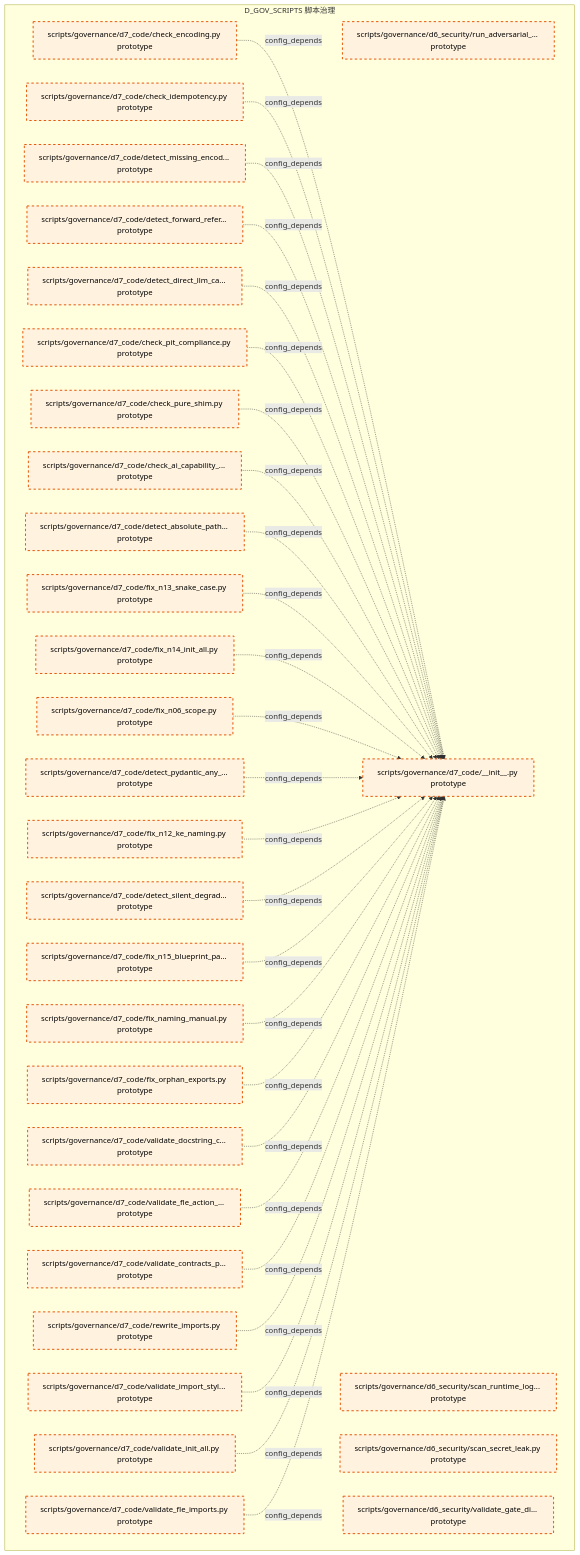
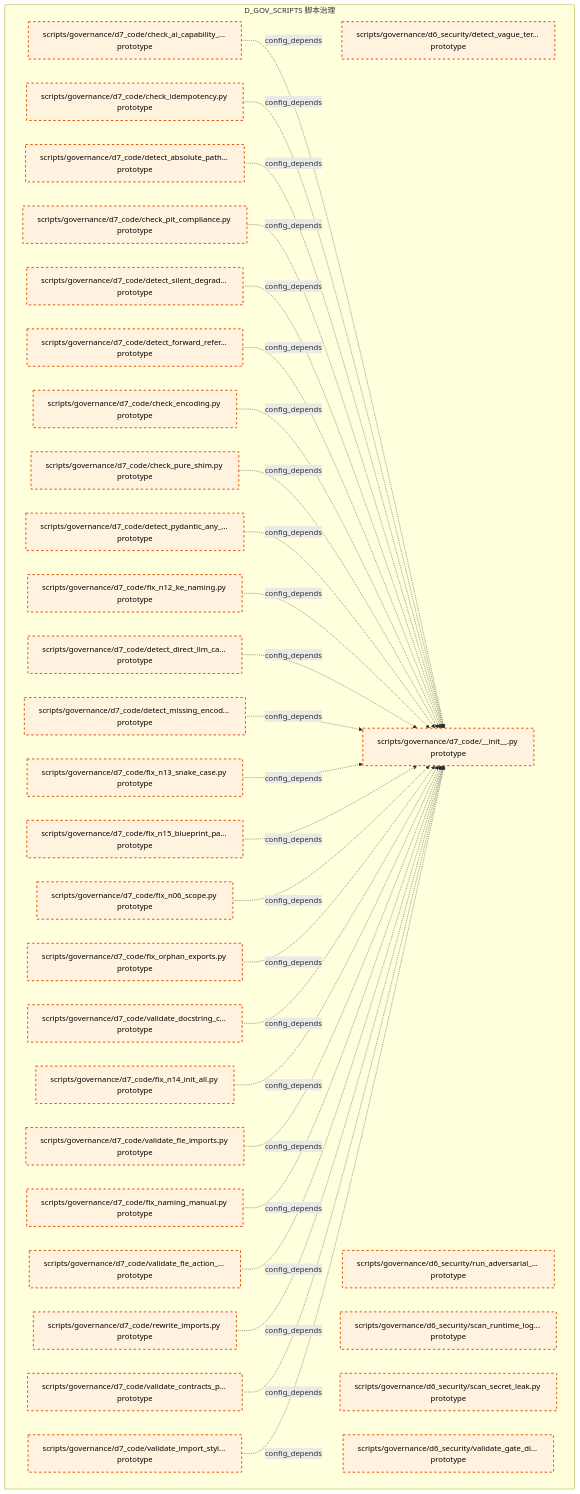
Before and after one commit to xuanFelixVan/ZephyrAlpha: the tenth of 15 diagrams in docs/02_enterprise_architecture/02_domain_architecture_docs/39_d_gov_scripts.md, drawn with Mermaid. The commit also changed other lines of this file and 105 other files, not shown here.

````diff
--- a/docs/02_enterprise_architecture/02_domain_architecture_docs/39_d_gov_scripts.md
+++ b/docs/02_enterprise_architecture/02_domain_architecture_docs/39_d_gov_scripts.md
@@ -697,65 +694,64 @@
 ```mermaid
 graph TD
     subgraph D_GOV_SCRIPTS["D_GOV_SCRIPTS 脚本治理"]
+        scripts_governance_d6_security_detect_vague_terms_py["scripts/governance/d6_security/detect_vague_ter... prototype"]
         scripts_governance_d6_security_run_adversarial_checks_py["scripts/governance/d6_security/run_adversarial_... prototype"]
         scripts_governance_d6_security_scan_runtime_log_secrets_py["scripts/governance/d6_security/scan_runtime_log... prototype"]
         scripts_governance_d6_security_scan_secret_leak_py["scripts/governance/d6_security/scan_secret_leak.py prototype"]
         scripts_governance_d6_security_validate_gate_discipline_py["scripts/governance/d6_security/validate_gate_di... prototype"]
         scripts_governance_d7_code_init_py["scripts/governance/d7_code/__init__.py prototype"]
         scripts_governance_d7_code_check_ai_capability_boundary_py["scripts/governance/d7_code/check_ai_capability_... prototype"]
         scripts_governance_d7_code_check_encoding_py["scripts/governance/d7_code/check_encoding.py prototype"]
         scripts_governance_d7_code_check_idempotency_py["scripts/governance/d7_code/check_idempotency.py prototype"]
         scripts_governance_d7_code_check_pit_compliance_py["scripts/governance/d7_code/check_pit_compliance.py prototype"]
         scripts_governance_d7_code_check_pure_shim_py["scripts/governance/d7_code/check_pure_shim.py prototype"]
         scripts_governance_d7_code_detect_absolute_path_hardcoding_py["scripts/governance/d7_code/detect_absolute_path... prototype"]
         scripts_governance_d7_code_detect_direct_llm_calls_py["scripts/governance/d7_code/detect_direct_llm_ca... prototype"]
         scripts_governance_d7_code_detect_forward_reference_py["scripts/governance/d7_code/detect_forward_refer... prototype"]
         scripts_governance_d7_code_detect_missing_encoding_py["scripts/governance/d7_code/detect_missing_encod... prototype"]
         scripts_governance_d7_code_detect_pydantic_any_fields_py["scripts/governance/d7_code/detect_pydantic_any_... prototype"]
         scripts_governance_d7_code_detect_silent_degradation_py["scripts/governance/d7_code/detect_silent_degrad... prototype"]
         scripts_governance_d7_code_fix_n06_scope_py["scripts/governance/d7_code/fix_n06_scope.py prototype"]
         scripts_governance_d7_code_fix_n12_ke_naming_py["scripts/governance/d7_code/fix_n12_ke_naming.py prototype"]
         scripts_governance_d7_code_fix_n13_snake_case_py["scripts/governance/d7_code/fix_n13_snake_case.py prototype"]
         scripts_governance_d7_code_fix_n14_init_all_py["scripts/governance/d7_code/fix_n14_init_all.py prototype"]
         scripts_governance_d7_code_fix_n15_blueprint_path_py["scripts/governance/d7_code/fix_n15_blueprint_pa... prototype"]
         scripts_governance_d7_code_fix_naming_manual_py["scripts/governance/d7_code/fix_naming_manual.py prototype"]
         scripts_governance_d7_code_fix_orphan_exports_py["scripts/governance/d7_code/fix_orphan_exports.py prototype"]
         scripts_governance_d7_code_rewrite_imports_py["scripts/governance/d7_code/rewrite_imports.py prototype"]
         scripts_governance_d7_code_validate_contracts_purity_py["scripts/governance/d7_code/validate_contracts_p... prototype"]
         scripts_governance_d7_code_validate_docstring_coverage_py["scripts/governance/d7_code/validate_docstring_c... prototype"]
         scripts_governance_d7_code_validate_fle_action_metadata_py["scripts/governance/d7_code/validate_fle_action_... prototype"]
         scripts_governance_d7_code_validate_fle_imports_py["scripts/governance/d7_code/validate_fle_imports.py prototype"]
         scripts_governance_d7_code_validate_import_style_py["scripts/governance/d7_code/validate_import_styl... prototype"]
-        scripts_governance_d7_code_validate_init_all_py["scripts/governance/d7_code/validate_init_all.py prototype"]
     end
+    scripts_governance_d7_code_check_ai_capability_boundary_py -.->|config_depends| scripts_governance_d7_code_init_py
+    scripts_governance_d7_code_check_idempotency_py -.->|config_depends| scripts_governance_d7_code_init_py
+    scripts_governance_d7_code_detect_absolute_path_hardcoding_py -.->|config_depends| scripts_governance_d7_code_init_py
+    scripts_governance_d7_code_check_pit_compliance_py -.->|config_depends| scripts_governance_d7_code_init_py
+    scripts_governance_d7_code_detect_silent_degradation_py -.->|config_depends| scripts_governance_d7_code_init_py
+    scripts_governance_d7_code_detect_forward_reference_py -.->|config_depends| scripts_governance_d7_code_init_py
     scripts_governance_d7_code_check_encoding_py -.->|config_depends| scripts_governance_d7_code_init_py
-    scripts_governance_d7_code_check_idempotency_py -.->|config_depends| scripts_governance_d7_code_init_py
-    scripts_governance_d7_code_detect_missing_encoding_py -.->|config_depends| scripts_governance_d7_code_init_py
-    scripts_governance_d7_code_detect_forward_reference_py -.->|config_depends| scripts_governance_d7_code_init_py
-    scripts_governance_d7_code_detect_direct_llm_calls_py -.->|config_depends| scripts_governance_d7_code_init_py
-    scripts_governance_d7_code_check_pit_compliance_py -.->|config_depends| scripts_governance_d7_code_init_py
     scripts_governance_d7_code_check_pure_shim_py -.->|config_depends| scripts_governance_d7_code_init_py
-    scripts_governance_d7_code_check_ai_capability_boundary_py -.->|config_depends| scripts_governance_d7_code_init_py
-    scripts_governance_d7_code_detect_absolute_path_hardcoding_py -.->|config_depends| scripts_governance_d7_code_init_py
-    scripts_governance_d7_code_fix_n13_snake_case_py -.->|config_depends| scripts_governance_d7_code_init_py
-    scripts_governance_d7_code_fix_n14_init_all_py -.->|config_depends| scripts_governance_d7_code_init_py
-    scripts_governance_d7_code_fix_n06_scope_py -.->|config_depends| scripts_governance_d7_code_init_py
     scripts_governance_d7_code_detect_pydantic_any_fields_py -.->|config_depends| scripts_governance_d7_code_init_py
     scripts_governance_d7_code_fix_n12_ke_naming_py -.->|config_depends| scripts_governance_d7_code_init_py
-    scripts_governance_d7_code_detect_silent_degradation_py -.->|config_depends| scripts_governance_d7_code_init_py
+    scripts_governance_d7_code_detect_direct_llm_calls_py -.->|config_depends| scripts_governance_d7_code_init_py
+    scripts_governance_d7_code_detect_missing_encoding_py -.->|config_depends| scripts_governance_d7_code_init_py
+    scripts_governance_d7_code_fix_n13_snake_case_py -.->|config_depends| scripts_governance_d7_code_init_py
     scripts_governance_d7_code_fix_n15_blueprint_path_py -.->|config_depends| scripts_governance_d7_code_init_py
-    scripts_governance_d7_code_fix_naming_manual_py -.->|config_depends| scripts_governance_d7_code_init_py
+    scripts_governance_d7_code_fix_n06_scope_py -.->|config_depends| scripts_governance_d7_code_init_py
     scripts_governance_d7_code_fix_orphan_exports_py -.->|config_depends| scripts_governance_d7_code_init_py
     scripts_governance_d7_code_validate_docstring_coverage_py -.->|config_depends| scripts_governance_d7_code_init_py
+    scripts_governance_d7_code_fix_n14_init_all_py -.->|config_depends| scripts_governance_d7_code_init_py
+    scripts_governance_d7_code_validate_fle_imports_py -.->|config_depends| scripts_governance_d7_code_init_py
+    scripts_governance_d7_code_fix_naming_manual_py -.->|config_depends| scripts_governance_d7_code_init_py
     scripts_governance_d7_code_validate_fle_action_metadata_py -.->|config_depends| scripts_governance_d7_code_init_py
+    scripts_governance_d7_code_rewrite_imports_py -.->|config_depends| scripts_governance_d7_code_init_py
     scripts_governance_d7_code_validate_contracts_purity_py -.->|config_depends| scripts_governance_d7_code_init_py
-    scripts_governance_d7_code_rewrite_imports_py -.->|config_depends| scripts_governance_d7_code_init_py
     scripts_governance_d7_code_validate_import_style_py -.->|config_depends| scripts_governance_d7_code_init_py
-    scripts_governance_d7_code_validate_init_all_py -.->|config_depends| scripts_governance_d7_code_init_py
-    scripts_governance_d7_code_validate_fle_imports_py -.->|config_depends| scripts_governance_d7_code_init_py
     classDef production fill:#e1f5fe,stroke:#01579b,stroke-width:2px,color:#000
     classDef design fill:#fff3e0,stroke:#e65100,stroke-width:2px,color:#000,stroke-dasharray: 5 5
     classDef external_prod fill:#e8f5e9,stroke:#1b5e20,stroke-width:1px,color:#000
     classDef external_design fill:#fce4ec,stroke:#880e4f,stroke-width:1px,color:#000,stroke-dasharray: 5 5
-    class scripts_governance_d6_security_run_adversarial_checks_py,scripts_governance_d6_security_scan_runtime_log_secrets_py,scripts_governance_d6_security_scan_secret_leak_py,scripts_governance_d6_security_validate_gate_discipline_py,scripts_governance_d7_code_init_py,scripts_governance_d7_code_check_ai_capability_boundary_py,scripts_governance_d7_code_check_encoding_py,scripts_governance_d7_code_check_idempotency_py,scripts_governance_d7_code_check_pit_compliance_py,scripts_governance_d7_code_check_pure_shim_py,scripts_governance_d7_code_detect_absolute_path_hardcoding_py,scripts_governance_d7_code_detect_direct_llm_calls_py,scripts_governance_d7_code_detect_forward_reference_py,scripts_governance_d7_code_detect_missing_encoding_py,scripts_governance_d7_code_detect_pydantic_any_fields_py,scripts_governance_d7_code_detect_silent_degradation_py,scripts_governance_d7_code_fix_n06_scope_py,scripts_governance_d7_code_fix_n12_ke_naming_py,scripts_governance_d7_code_fix_n13_snake_case_py,scripts_governance_d7_code_fix_n14_init_all_py,scripts_governance_d7_code_fix_n15_blueprint_path_py,scripts_governance_d7_code_fix_naming_manual_py,scripts_governance_d7_code_fix_orphan_exports_py,scripts_governance_d7_code_rewrite_imports_py,scripts_governance_d7_code_validate_contracts_purity_py,scripts_governance_d7_code_validate_docstring_coverage_py,scripts_governance_d7_code_validate_fle_action_metadata_py,scripts_governance_d7_code_validate_fle_imports_py,scripts_governance_d7_code_validate_import_style_py,scripts_governance_d7_code_validate_init_all_py design
+    class scripts_governance_d6_security_detect_vague_terms_py,scripts_governance_d6_security_run_adversarial_checks_py,scripts_governance_d6_security_scan_runtime_log_secrets_py,scripts_governance_d6_security_scan_secret_leak_py,scripts_governance_d6_security_validate_gate_discipline_py,scripts_governance_d7_code_init_py,scripts_governance_d7_code_check_ai_capability_boundary_py,scripts_governance_d7_code_check_encoding_py,scripts_governance_d7_code_check_idempotency_py,scripts_governance_d7_code_check_pit_compliance_py,scripts_governance_d7_code_check_pure_shim_py,scripts_governance_d7_code_detect_absolute_path_hardcoding_py,scripts_governance_d7_code_detect_direct_llm_calls_py,scripts_governance_d7_code_detect_forward_reference_py,scripts_governance_d7_code_detect_missing_encoding_py,scripts_governance_d7_code_detect_pydantic_any_fields_py,scripts_governance_d7_code_detect_silent_degradation_py,scripts_governance_d7_code_fix_n06_scope_py,scripts_governance_d7_code_fix_n12_ke_naming_py,scripts_governance_d7_code_fix_n13_snake_case_py,scripts_governance_d7_code_fix_n14_init_all_py,scripts_governance_d7_code_fix_n15_blueprint_path_py,scripts_governance_d7_code_fix_naming_manual_py,scripts_governance_d7_code_fix_orphan_exports_py,scripts_governance_d7_code_rewrite_imports_py,scripts_governance_d7_code_validate_contracts_purity_py,scripts_governance_d7_code_validate_docstring_coverage_py,scripts_governance_d7_code_validate_fle_action_metadata_py,scripts_governance_d7_code_validate_fle_imports_py,scripts_governance_d7_code_validate_import_style_py design
 ```
````
